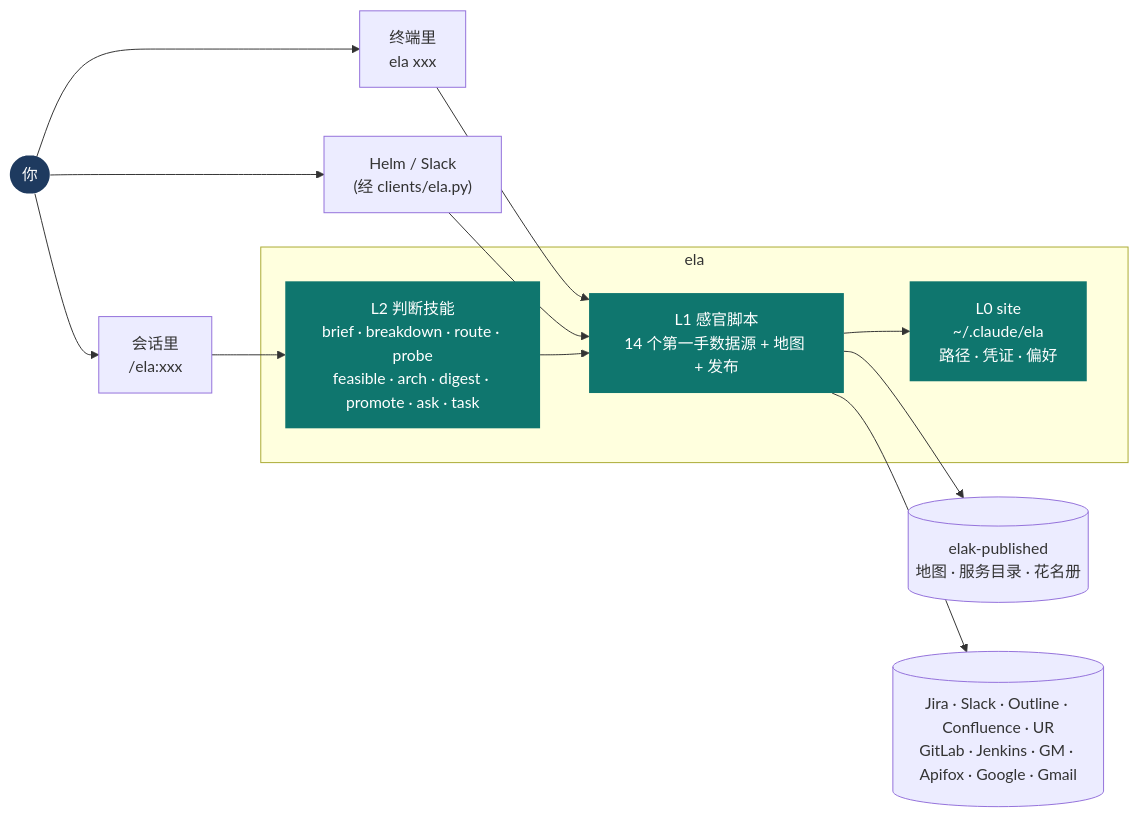
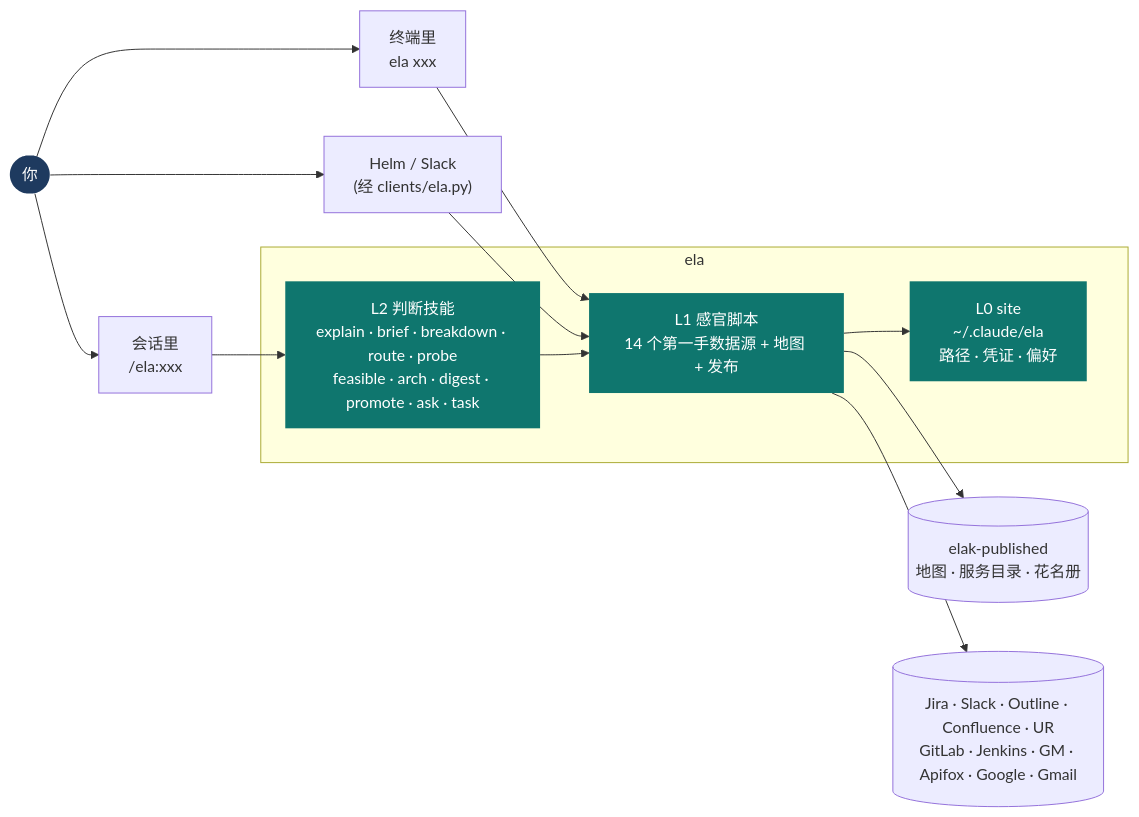
Before and after one commit to tvuevanli/tvu-ela: the first of 4 diagrams in docs/manual.md, drawn with Mermaid. The commit also changed other lines of this file and 2 other files, not shown here.

````diff
--- a/docs/manual.md
+++ b/docs/manual.md
@@ -16,20 +16,20 @@
 ```mermaid
 flowchart LR
   You(["你"]) --> S["会话里<br>/ela:xxx"]
   You --> C["终端里<br>ela xxx"]
   You --> H["Helm / Slack<br>(经 clients/ela.py)"]
   S --> L2
   C --> L1
   H --> L1
   subgraph ela
-    L2["L2 判断技能<br>brief · breakdown · route · probe<br>feasible · arch · digest · promote · ask · task"] --> L1
+    L2["L2 判断技能<br>explain · brief · breakdown · route · probe<br>feasible · arch · digest · promote · ask · task"] --> L1
     L1["L1 感官脚本<br>14 个第一手数据源 + 地图 + 发布"]
     L1 --> L0["L0 site<br>~/.claude/ela<br>路径 · 凭证 · 偏好"]
   end
   L1 --> PUB[("elak-published<br>地图 · 服务目录 · 花名册")]
   L1 --> W[("Jira · Slack · Outline · Confluence · UR<br>GitLab · Jenkins · GM · Apifox · Google · Gmail")]
   classDef me fill:#1e3a5f,color:#fff,stroke:none
   classDef core fill:#0f766e,color:#fff,stroke:none
   class You me
   class L1,L2,L0 core
 ```
````
